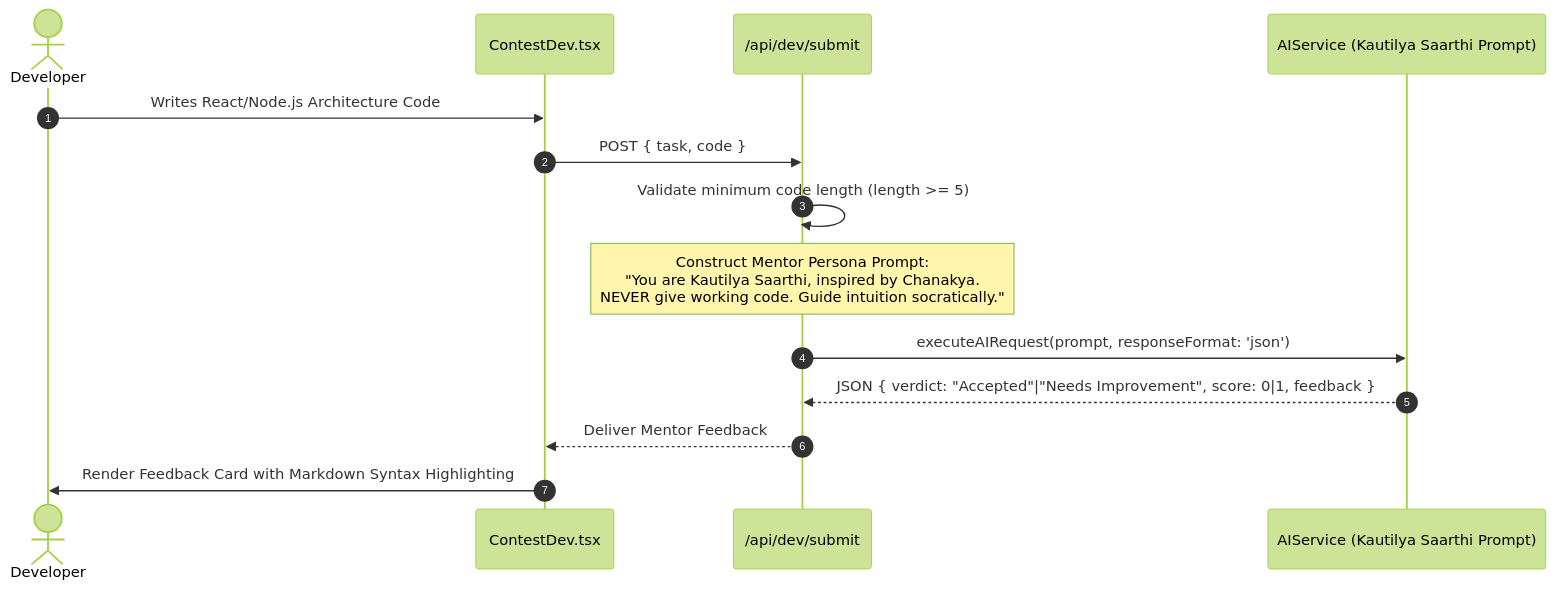
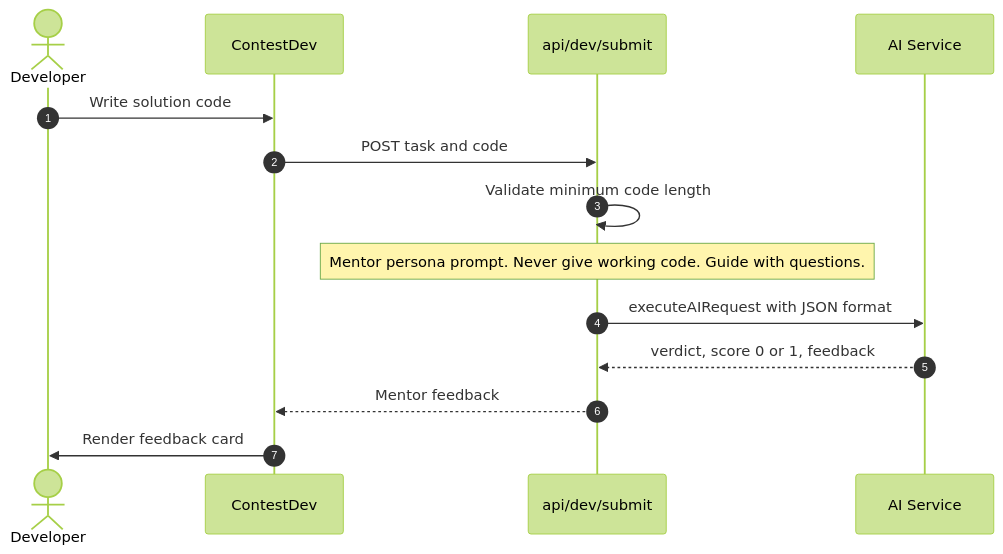
One commit to DevSars24/codeify changed the eighth of 19 diagrams in README.md. Above: the diagram before and after it, drawn with Mermaid (forest theme). The commit also changed other lines of this file, not shown here.

````diff
--- a/README.md
+++ b/README.md
@@ -393,17 +326,17 @@
 ```mermaid
 sequenceDiagram
     autonumber
-    actor Engineer as Developer
-    participant Client as ContestDev.tsx
-    participant Route as /api/dev/submit
-    participant AI as AIService (Kautilya Saarthi Prompt)
+    actor Dev as Developer
+    participant Client as ContestDev
+    participant Route as api/dev/submit
+    participant AI as AI Service
 
-    Engineer->>Client: Writes React/Node.js Architecture Code
-    Client->>Route: POST { task, code }
-    Route->>Route: Validate minimum code length (length >= 5)
-    Note over Route: Construct Mentor Persona Prompt:<br/>"You are Kautilya Saarthi, inspired by Chanakya.<br/>NEVER give working code. Guide intuition socratically."
-    Route->>AI: executeAIRequest(prompt, responseFormat: 'json')
-    AI-->>Route: JSON { verdict: "Accepted"|"Needs Improvement", score: 0|1, feedback }
-    Route-->>Client: Deliver Mentor Feedback
-    Client->>Engineer: Render Feedback Card with Markdown Syntax Highlighting
+    Dev->>Client: Write solution code
+    Client->>Route: POST task and code
+    Route->>Route: Validate minimum code length
+    Note over Route: Mentor persona prompt. Never give working code. Guide with questions.
+    Route->>AI: executeAIRequest with JSON format
+    AI-->>Route: verdict, score 0 or 1, feedback
+    Route-->>Client: Mentor feedback
+    Client->>Dev: Render feedback card
 ```
````
